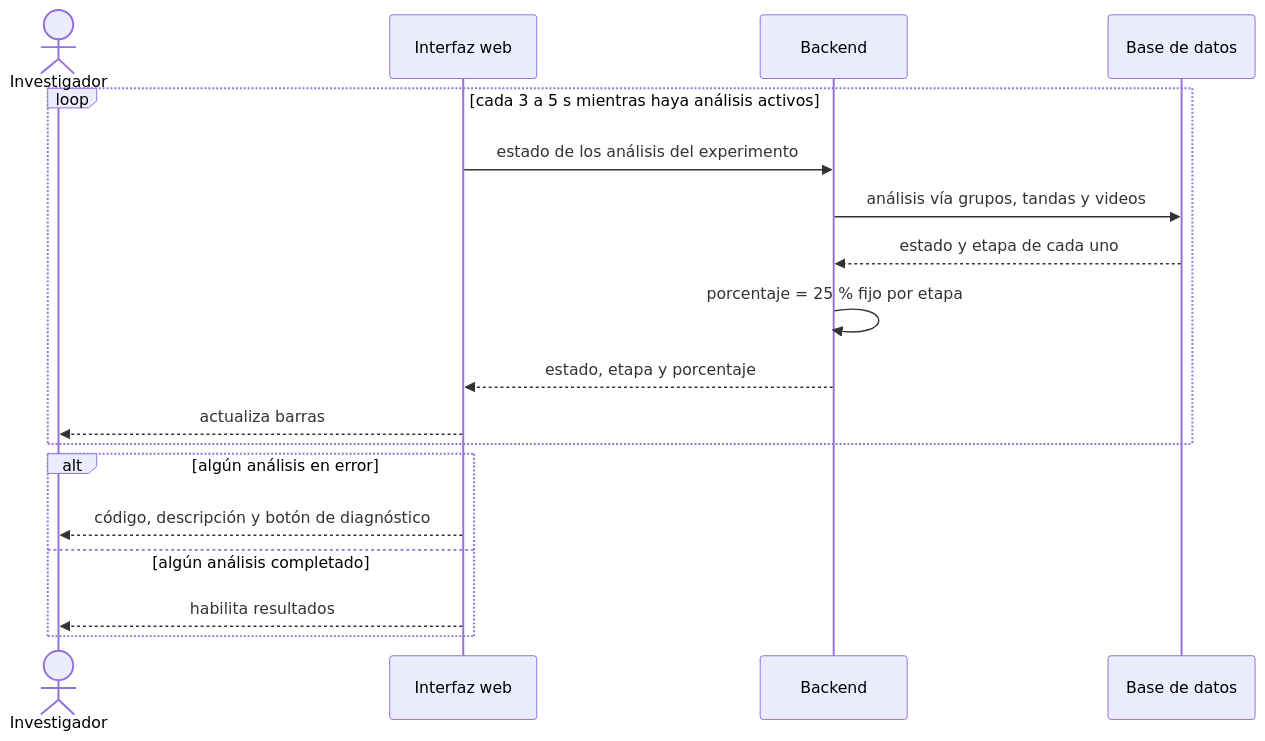
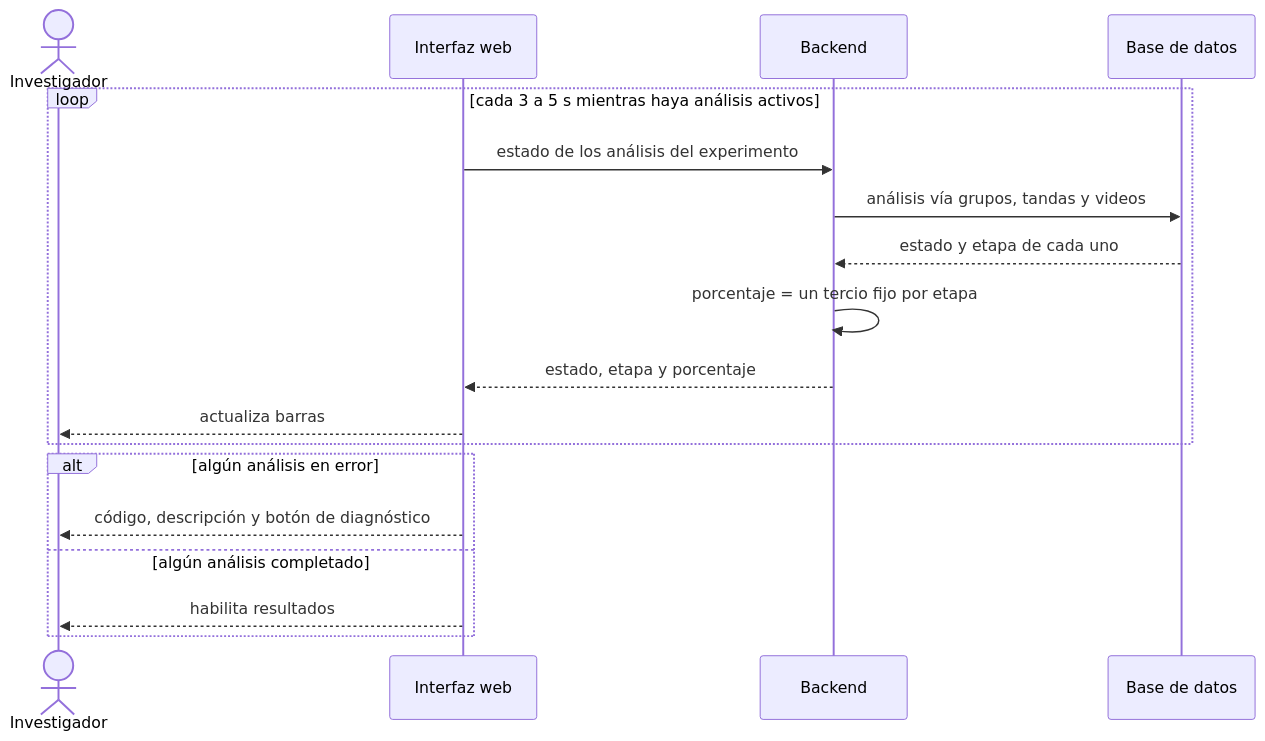
One commit to ErickJester/fst-ai-system-latex changed the sixth of 38 diagrams in INSTRUCCIONES-WEB.md. Above: the diagram before and after it, drawn with Mermaid. The commit also changed other lines of this file and 33 other files, not shown here.

````diff
--- a/INSTRUCCIONES-WEB.md
+++ b/INSTRUCCIONES-WEB.md
@@ -748,20 +747,20 @@
 ```mermaid
 sequenceDiagram
   actor I as Investigador
   participant UI as Interfaz web
   participant API as Backend
   participant DB as Base de datos
   loop cada 3 a 5 s mientras haya análisis activos
     UI->>API: estado de los análisis del experimento
     API->>DB: análisis vía grupos, tandas y videos
     DB-->>API: estado y etapa de cada uno
-    API->>API: porcentaje = 25 % fijo por etapa
+    API->>API: porcentaje = un tercio fijo por etapa
     API-->>UI: estado, etapa y porcentaje
     UI-->>I: actualiza barras
   end
   alt algún análisis en error
     UI-->>I: código, descripción y botón de diagnóstico
   else algún análisis completado
     UI-->>I: habilita resultados
   end
 ```
````
